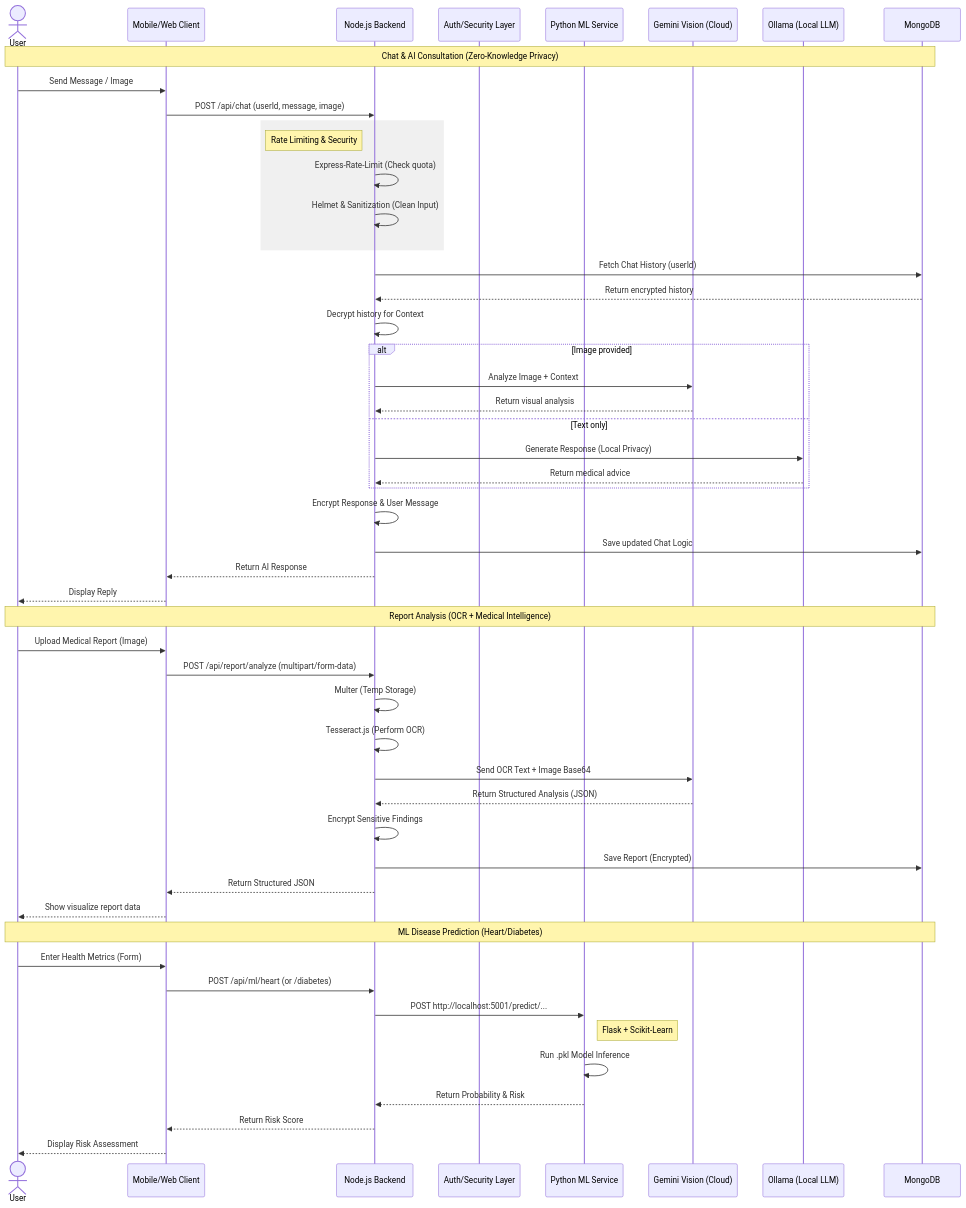
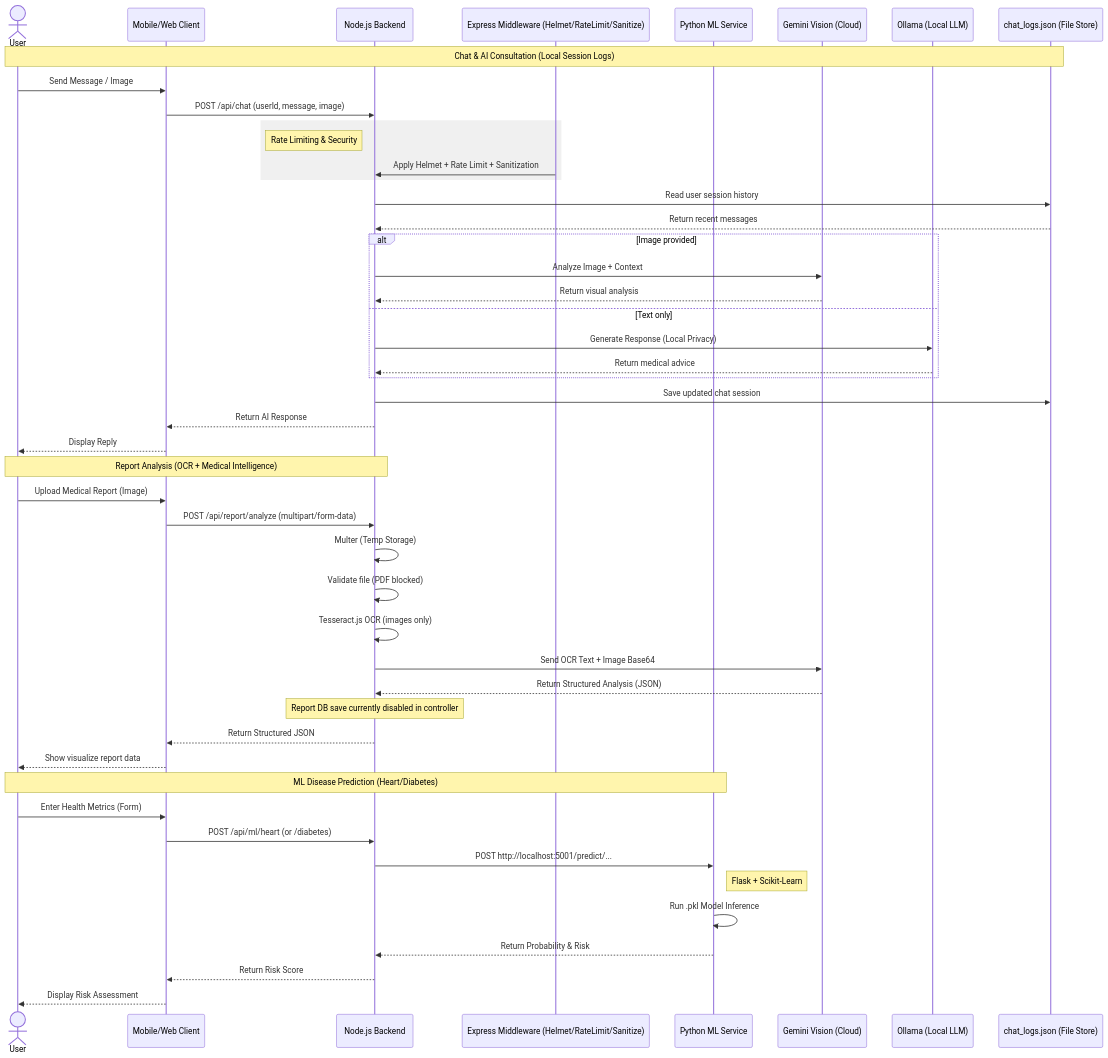
Before and after one commit to yashsrivastava1408/Aether-Clinic: the first of 2 diagrams in README.md, drawn with Mermaid. The commit also changed other lines of this file, not shown here.

Commit message:
docs: update README architecture/workflow to match current implementation

````diff
--- a/README.md
+++ b/README.md
@@ -7,65 +7,62 @@
 ```mermaid
 sequenceDiagram
     actor User
     participant App as Mobile/Web Client
     participant Server as Node.js Backend
-    participant Auth as Auth/Security Layer
+    participant Security as Express Middleware (Helmet/RateLimit/Sanitize)
     participant MLService as Python ML Service
     participant Gemini as Gemini Vision (Cloud)
     participant Ollama as Ollama (Local LLM)
-    participant DB as MongoDB
+    participant Logs as chat_logs.json (File Store)
     
-    Note over User,DB: Chat & AI Consultation (Zero-Knowledge Privacy)
+    Note over User,Logs: Chat & AI Consultation (Local Session Logs)
     User->>App: Send Message / Image
     App->>Server: POST /api/chat (userId, message, image)
     
     rect rgb(240, 240, 240)
         Note left of Server: Rate Limiting & Security
-        Server->>Server: Express-Rate-Limit (Check quota)
-        Server->>Server: Helmet & Sanitization (Clean Input)
+        Security->>Server: Apply Helmet + Rate Limit + Sanitization
     end
 
-    Server->>DB: Fetch Chat History (userId)
-    DB-->>Server: Return encrypted history
-    Server->>Server: Decrypt history for Context
+    Server->>Logs: Read user session history
+    Logs-->>Server: Return recent messages
     
     alt Image provided
         Server->>Gemini: Analyze Image + Context
         Gemini-->>Server: Return visual analysis
     else Text only
         Server->>Ollama: Generate Response (Local Privacy)
         Ollama-->>Server: Return medical advice
     end
 
-    Server->>Server: Encrypt Response & User Message
-    Server->>DB: Save updated Chat Logic
+    Server->>Logs: Save updated chat session
     Server-->>App: Return AI Response
     App-->>User: Display Reply
 
-    Note over User,DB: Report Analysis (OCR + Medical Intelligence)
+    Note over User,Server: Report Analysis (OCR + Medical Intelligence)
     User->>App: Upload Medical Report (Image)
     App->>Server: POST /api/report/analyze (multipart/form-data)
     
     Server->>Server: Multer (Temp Storage)
-    Server->>Server: Tesseract.js (Perform OCR)
+    Server->>Server: Validate file (PDF blocked)
+    Server->>Server: Tesseract.js OCR (images only)
     
     Server->>Gemini: Send OCR Text + Image Base64
     Gemini-->>Server: Return Structured Analysis (JSON)
     
-    Server->>Server: Encrypt Sensitive Findings
-    Server->>DB: Save Report (Encrypted)
+    Note over Server: Report DB save currently disabled in controller
     Server-->>App: Return Structured JSON
     App-->>User: Show visualize report data
 
-    Note over User,DB: ML Disease Prediction (Heart/Diabetes)
+    Note over User,MLService: ML Disease Prediction (Heart/Diabetes)
     User->>App: Enter Health Metrics (Form)
     App->>Server: POST /api/ml/heart (or /diabetes)
     
     Server->>MLService: POST http://localhost:5001/predict/...
     Note right of MLService: Flask + Scikit-Learn
     MLService->>MLService: Run .pkl Model Inference
     MLService-->>Server: Return Probability & Risk
     
     Server-->>App: Return Risk Score
     App-->>User: Display Risk Assessment
 ```
````
